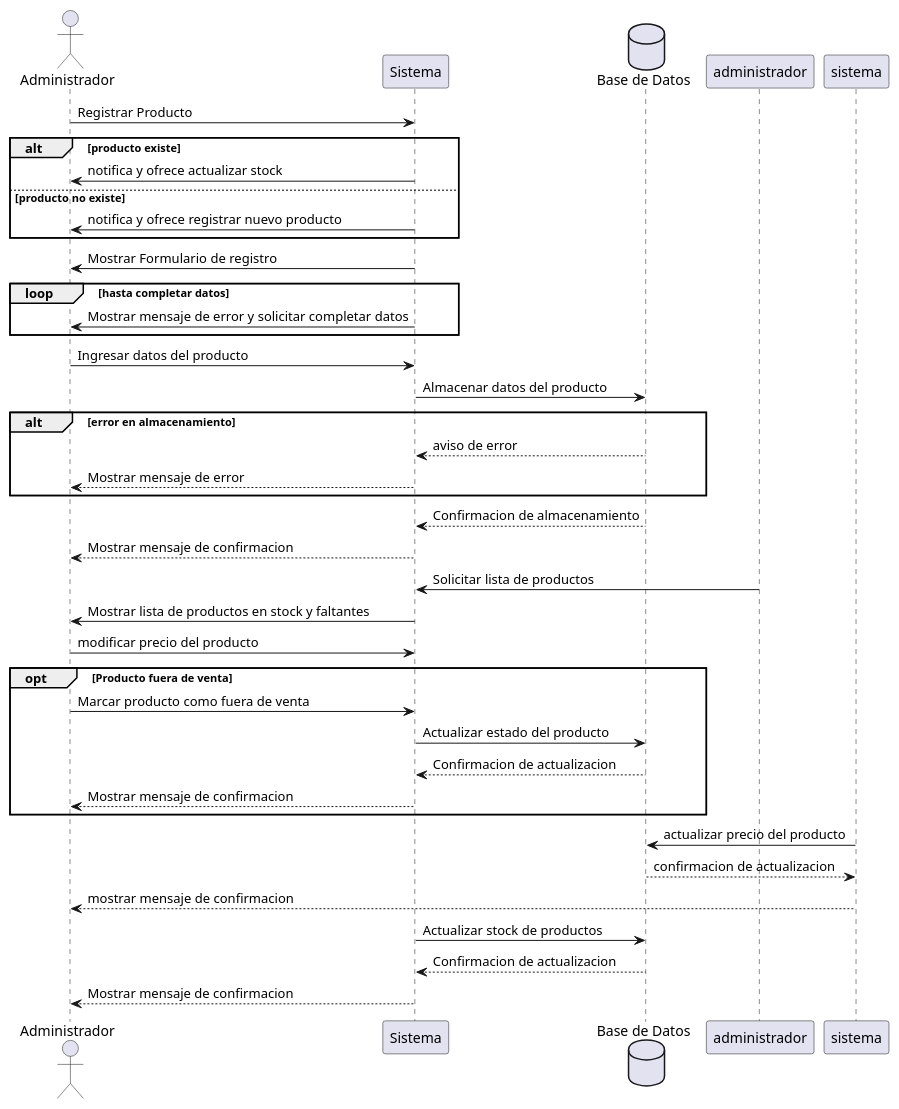
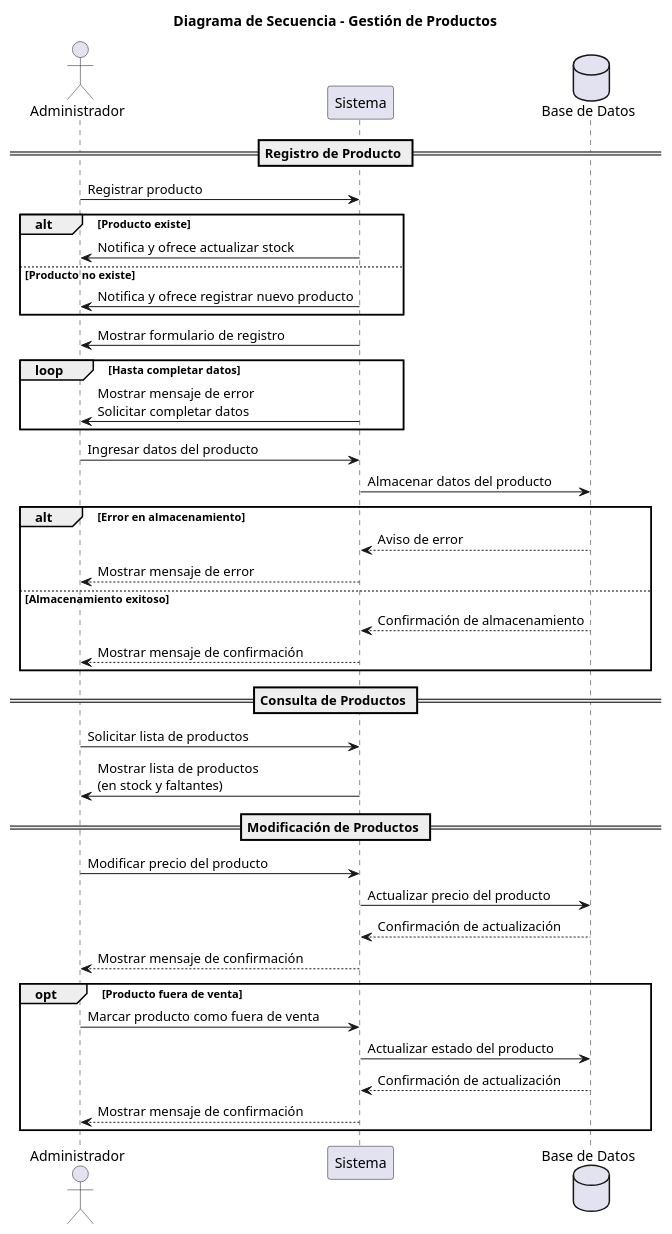
One commit to Luci1274/PPI_Proyecto_gomeria changed the diagram in 08-Diagrama-secuencia/04_Productos (D.S).puml. Above: the diagram before and after it, drawn with PlantUML.

Commit message:
cambios en codigo
mejor visualizacion de diagrama

```diff
--- a/08-Diagrama-secuencia/04_Productos (D.S).puml
+++ b/08-Diagrama-secuencia/04_Productos (D.S).puml
@@ -1,62 +1,54 @@
-@startuml Productos
+@startuml
+title Diagrama de Secuencia - Gestión de Productos
 
-    actor Administrador
-    participant Sistema
-    database "Base de Datos" as DB
+actor Administrador
+participant "Sistema" as Sistema
+database "Base de Datos" as DB
 
-    Administrador -> Sistema: Registrar Producto
+== Registro de Producto ==
 
-    alt producto existe 
-            Sistema -> Administrador: notifica y ofrece actualizar stock
-        else producto no existe
-            Sistema -> Administrador: notifica y ofrece registrar nuevo producto
-    end
+Administrador -> Sistema: Registrar producto
 
-    Sistema -> Administrador: Mostrar Formulario de registro
+alt Producto existe
+    Sistema -> Administrador: Notifica y ofrece actualizar stock
+else Producto no existe
+    Sistema -> Administrador: Notifica y ofrece registrar nuevo producto
+end
 
-    loop hasta completar datos
-        Sistema -> Administrador: Mostrar mensaje de error y solicitar completar datos
-    end
+Sistema -> Administrador: Mostrar formulario de registro
 
-    Administrador -> Sistema: Ingresar datos del producto
-    Sistema -> DB: Almacenar datos del producto
+loop Hasta completar datos
+    Sistema -> Administrador: Mostrar mensaje de error\nSolicitar completar datos
+end
 
-    alt error en almacenamiento
-        DB --> Sistema: aviso de error
-        Sistema --> Administrador: Mostrar mensaje de error
-    end
+Administrador -> Sistema: Ingresar datos del producto
+Sistema -> DB: Almacenar datos del producto
 
-    DB --> Sistema: Confirmacion de almacenamiento
-    Sistema --> Administrador: Mostrar mensaje de confirmacion
-    administrador -> Sistema: Solicitar lista de productos
-    Sistema -> Administrador: Mostrar lista de productos en stock y faltantes
-    Administrador -> Sistema: modificar precio del producto
+alt Error en almacenamiento
+    DB --> Sistema: Aviso de error
+    Sistema --> Administrador: Mostrar mensaje de error
+else Almacenamiento exitoso
+    DB --> Sistema: Confirmación de almacenamiento
+    Sistema --> Administrador: Mostrar mensaje de confirmación
+end
 
-    opt Producto fuera de venta
-        Administrador -> Sistema: Marcar producto como fuera de venta
-        Sistema -> DB: Actualizar estado del producto
-        DB --> Sistema: Confirmacion de actualizacion
-        Sistema --> Administrador: Mostrar mensaje de confirmacion
-    end
+== Consulta de Productos ==
 
-    sistema -> DB: actualizar precio del producto
-    DB --> sistema: confirmacion de actualizacion
-    sistema --> Administrador: mostrar mensaje de confirmacion
-    Sistema -> DB: Actualizar stock de productos
-    DB --> Sistema: Confirmacion de actualizacion
-    Sistema --> Administrador: Mostrar mensaje de confirmacion
+Administrador -> Sistema: Solicitar lista de productos
+Sistema -> Administrador: Mostrar lista de productos\n(en stock y faltantes)
 
-   
+== Modificación de Productos ==
 
-    
-    
+Administrador -> Sistema: Modificar precio del producto
+Sistema -> DB: Actualizar precio del producto
+DB --> Sistema: Confirmación de actualización
+Sistema --> Administrador: Mostrar mensaje de confirmación
 
-
-
-
-
-
-
-
+opt Producto fuera de venta
+    Administrador -> Sistema: Marcar producto como fuera de venta
+    Sistema -> DB: Actualizar estado del producto
+    DB --> Sistema: Confirmación de actualización
+    Sistema --> Administrador: Mostrar mensaje de confirmación
+end
 
 @enduml
```
